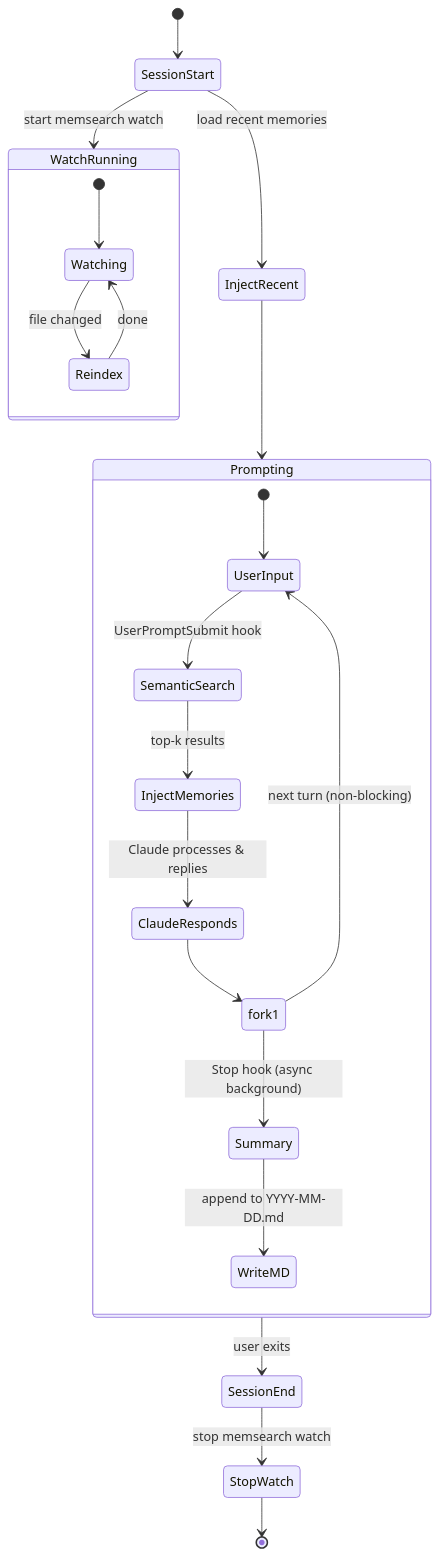
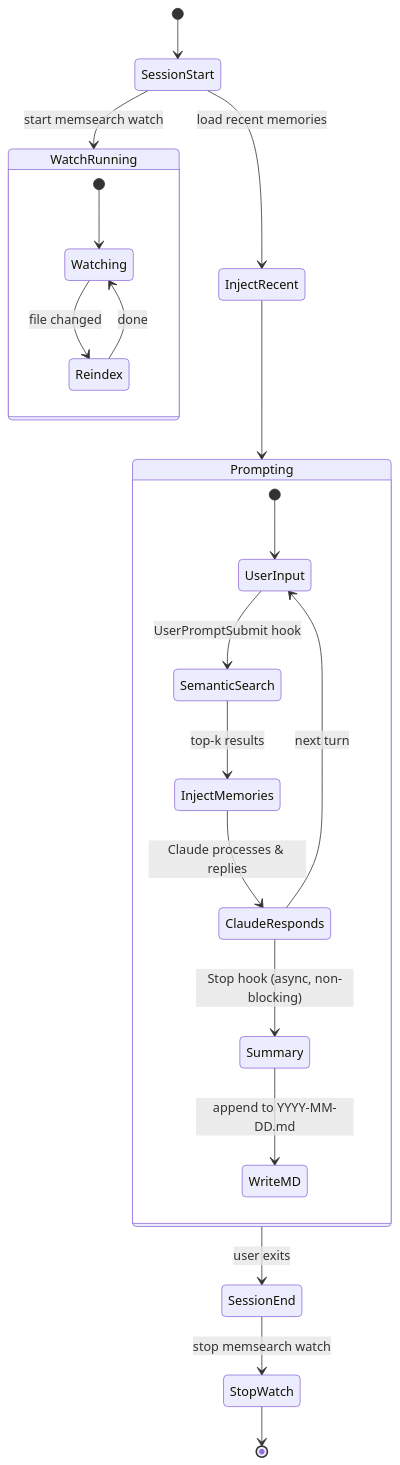
One commit to zc277584121/memsearch changed the third of 4 diagrams in ccplugin/README.md. Above: the diagram before and after it, drawn with Mermaid. The commit also changed 1 other file, not shown here.

Commit message:
Docs: revert dark theme in docs, replace fork with async annotation
- docs/claude-plugin.md: restore original dark mermaid styles
- Both lifecycle diagrams: replace <<fork>> with two simple arrows
  from ClaudeResponds, labeled "async, non-blocking" for the Stop hook

````diff
--- a/ccplugin/README.md
+++ b/ccplugin/README.md
@@ -100,30 +100,28 @@
 ```mermaid
 stateDiagram-v2
     [*] --> SessionStart
     SessionStart --> WatchRunning: start memsearch watch
     SessionStart --> InjectRecent: load recent memories
 
     state WatchRunning {
         [*] --> Watching
         Watching --> Reindex: file changed
         Reindex --> Watching: done
     }
 
     InjectRecent --> Prompting
 
     state Prompting {
         [*] --> UserInput
         UserInput --> SemanticSearch: UserPromptSubmit hook
         SemanticSearch --> InjectMemories: top-k results
         InjectMemories --> ClaudeResponds: Claude processes & replies
-        ClaudeResponds --> fork1
-        state fork1 <<fork>>
-        fork1 --> UserInput: next turn (non-blocking)
-        fork1 --> Summary: Stop hook (async background)
+        ClaudeResponds --> UserInput: next turn
+        ClaudeResponds --> Summary: Stop hook (async, non-blocking)
         Summary --> WriteMD: append to YYYY-MM-DD.md
     }
 
     Prompting --> SessionEnd: user exits
     SessionEnd --> StopWatch: stop memsearch watch
     StopWatch --> [*]
 ```
````
